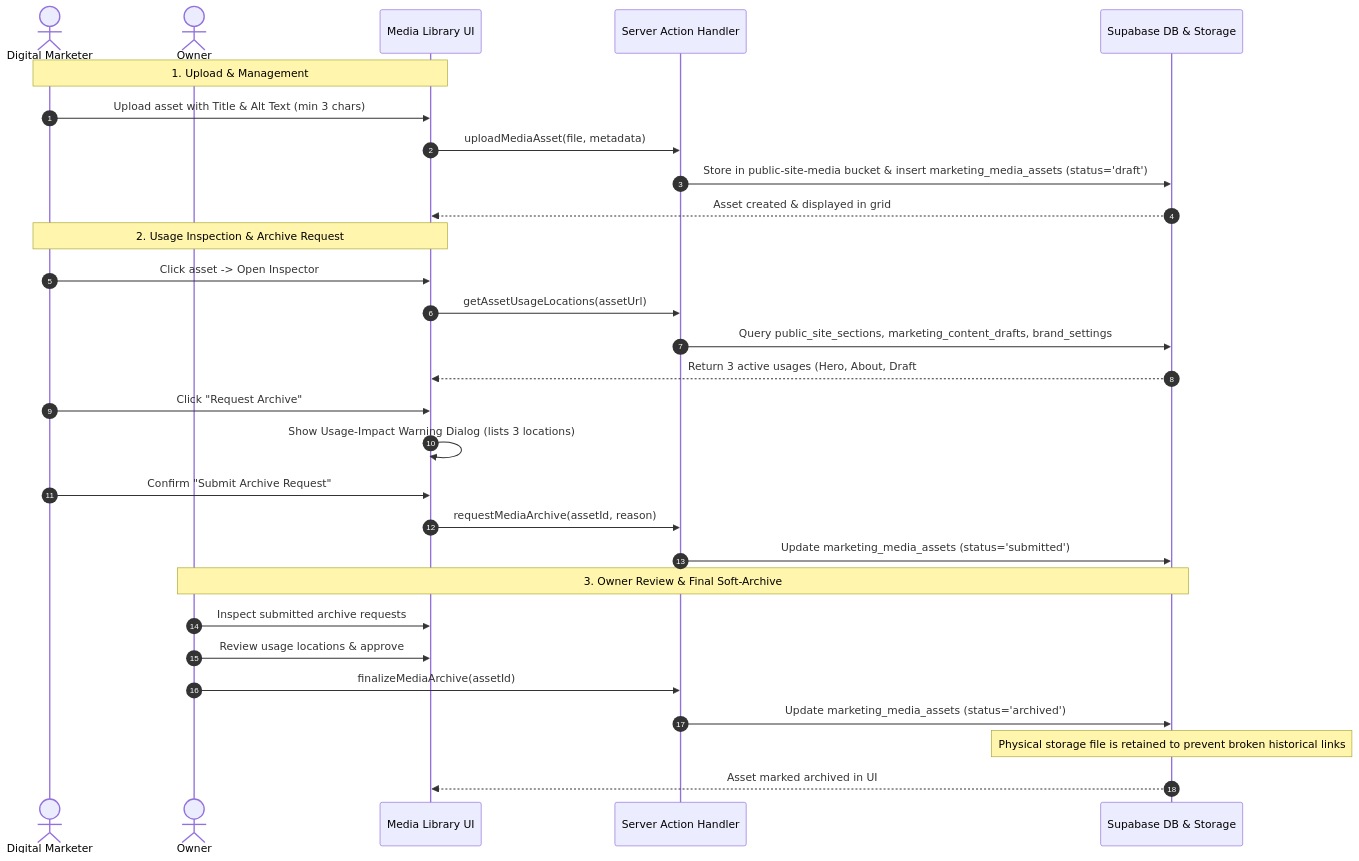
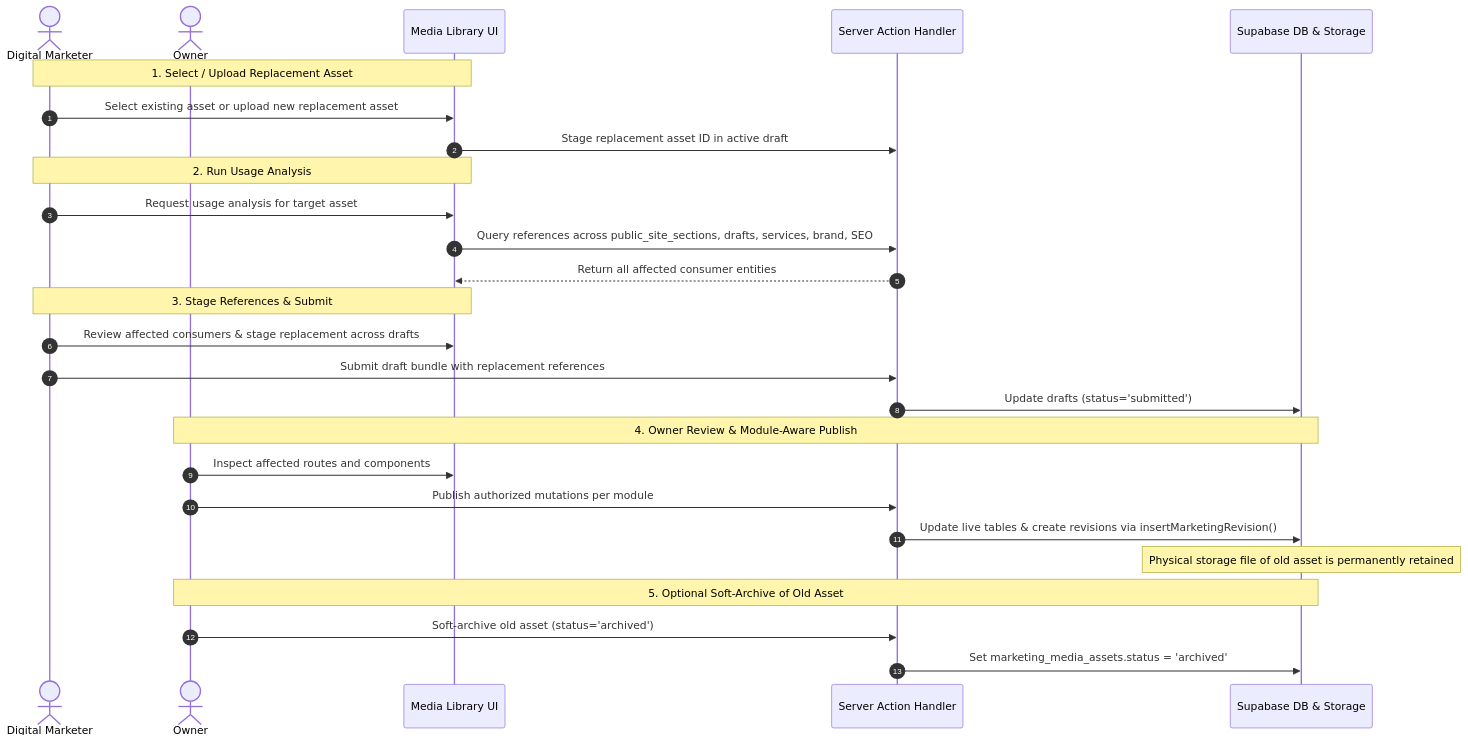
One commit to techwithmpg/Cradlehub changed the second of 2 diagrams in docs/audits/C4_MARKETING_UIUX_WORKFLOW_PLAN.md. Above: the diagram before and after it, drawn with Mermaid. The commit also changed other lines of this file and 2 other files, not shown here.

````diff
--- a/docs/audits/C4_MARKETING_UIUX_WORKFLOW_PLAN.md
+++ b/docs/audits/C4_MARKETING_UIUX_WORKFLOW_PLAN.md
@@ -475,34 +532,33 @@
 ```mermaid
 sequenceDiagram
     autonumber
     actor Marketer as Digital Marketer
     actor Owner as Owner
     participant ML as Media Library UI
     participant Srv as Server Action Handler
     participant DB as Supabase DB & Storage
 
-    Note over Marketer,ML: 1. Upload & Management
-    Marketer->>ML: Upload asset with Title & Alt Text (min 3 chars)
-    ML->>Srv: uploadMediaAsset(file, metadata)
-    Srv->>DB: Store in public-site-media bucket & insert marketing_media_assets (status='draft')
-    DB-->>ML: Asset created & displayed in grid
+    Note over Marketer,ML: 1. Select / Upload Replacement Asset
+    Marketer->>ML: Select existing asset or upload new replacement asset
+    ML->>Srv: Stage replacement asset ID in active draft
 
-    Note over Marketer,ML: 2. Usage Inspection & Archive Request
-    Marketer->>ML: Click asset -> Open Inspector
-    ML->>Srv: getAssetUsageLocations(assetUrl)
-    Srv->>DB: Query public_site_sections, marketing_content_drafts, brand_settings
-    DB-->>ML: Return 3 active usages (Hero, About, Draft #12)
-    Marketer->>ML: Click "Request Archive"
-    ML->>ML: Show Usage-Impact Warning Dialog (lists 3 locations)
-    Marketer->>ML: Confirm "Submit Archive Request"
-    ML->>Srv: requestMediaArchive(assetId, reason)
-    Srv->>DB: Update marketing_media_assets (status='submitted')
+    Note over Marketer,ML: 2. Run Usage Analysis
+    Marketer->>ML: Request usage analysis for target asset
+    ML->>Srv: Query references across public_site_sections, drafts, services, brand, SEO
+    Srv-->>ML: Return all affected consumer entities
 
-    Note over Owner,DB: 3. Owner Review & Final Soft-Archive
-    Owner->>ML: Inspect submitted archive requests
-    Owner->>ML: Review usage locations & approve
-    Owner->>Srv: finalizeMediaArchive(assetId)
-    Srv->>DB: Update marketing_media_assets (status='archived')
-    Note over DB: Physical storage file is retained to prevent broken historical links
-    DB-->>ML: Asset marked archived in UI
+    Note over Marketer,ML: 3. Stage References & Submit
+    Marketer->>ML: Review affected consumers & stage replacement across drafts
+    Marketer->>Srv: Submit draft bundle with replacement references
+    Srv->>DB: Update drafts (status='submitted')
+
+    Note over Owner,DB: 4. Owner Review & Module-Aware Publish
+    Owner->>ML: Inspect affected routes and components
+    Owner->>Srv: Publish authorized mutations per module
+    Srv->>DB: Update live tables & create revisions via insertMarketingRevision()
+    Note over DB: Physical storage file of old asset is permanently retained
+
+    Note over Owner,DB: 5. Optional Soft-Archive of Old Asset
+    Owner->>Srv: Soft-archive old asset (status='archived')
+    Srv->>DB: Set marketing_media_assets.status = 'archived'
 ```
````
